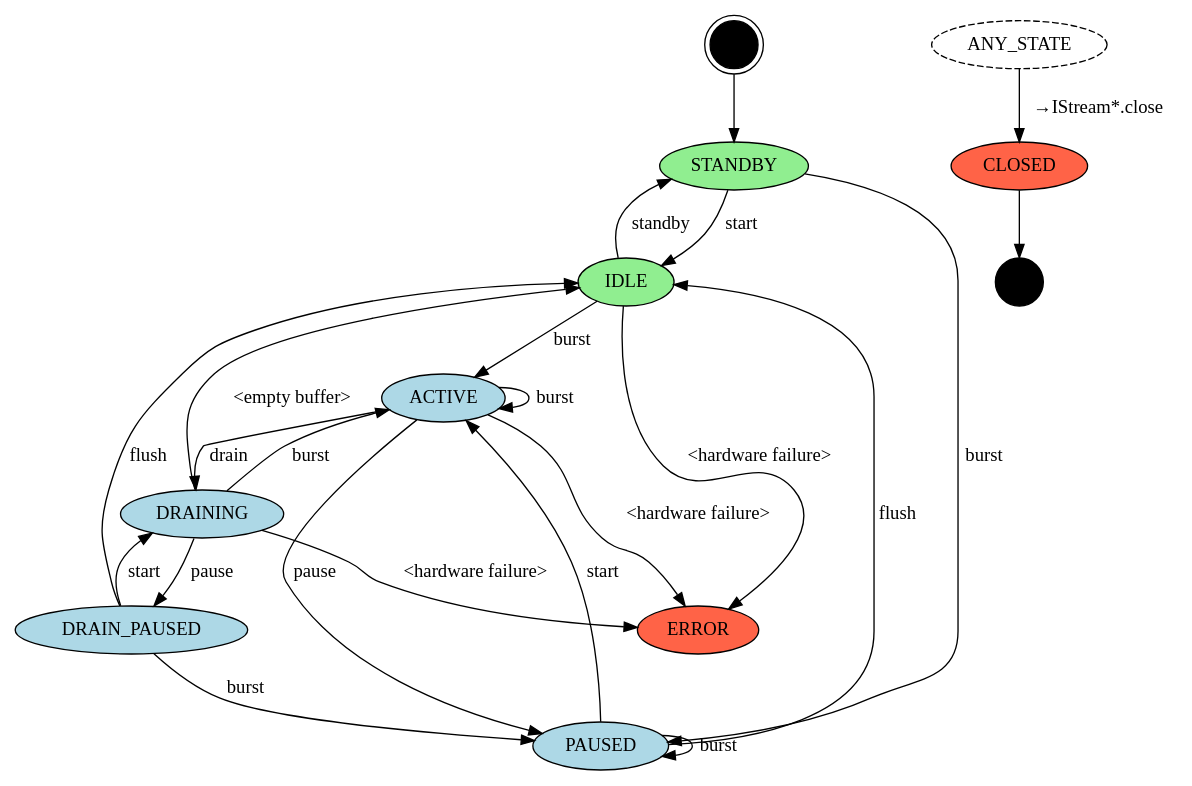
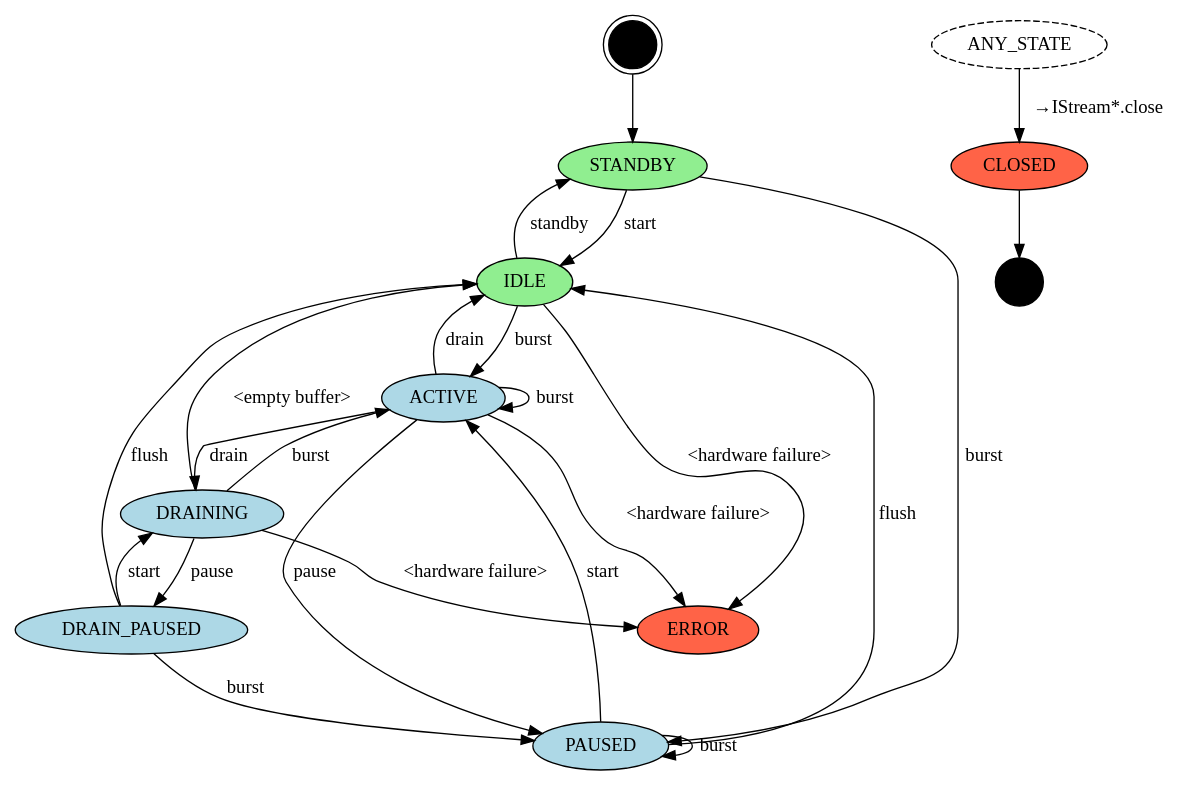
Before and after one commit to LineageOS/android_hardware_interfaces: the diagram in audio/aidl/android/hardware/audio/core/stream-out-sm.gv, drawn with Graphviz. The commit also changed 5 other files, not shown here.

First line of the commit message:
audio: Allow going to 'IDLE' for synchronous drain

```diff
--- a/audio/aidl/android/hardware/audio/core/stream-out-sm.gv
+++ b/audio/aidl/android/hardware/audio/core/stream-out-sm.gv
@@ -1,48 +1,49 @@
 // Copyright (C) 2022 The Android Open Source Project
 //
 // Licensed under the Apache License, Version 2.0 (the "License");
 // you may not use this file except in compliance with the License.
 // You may obtain a copy of the License at
 //
 //      http://www.apache.org/licenses/LICENSE-2.0
 //
 // Unless required by applicable law or agreed to in writing, software
 // distributed under the License is distributed on an "AS IS" BASIS,
 // WITHOUT WARRANTIES OR CONDITIONS OF ANY KIND, either express or implied.
 // See the License for the specific language governing permissions and
 // limitations under the License.
 
 // To render: dot -Tpng stream-out-sm.gv -o stream-out-sm.png
 digraph stream_out_state_machine {
     node [shape=doublecircle style=filled fillcolor=black width=0.5] I;
     node [shape=point width=0.5] F;
     node [shape=oval width=1];
     node [fillcolor=lightgreen] STANDBY;  // buffer is empty
     node [fillcolor=lightgreen] IDLE;     // buffer is empty
     node [fillcolor=tomato] CLOSED;
     node [fillcolor=tomato] ERROR;
     node [style=dashed] ANY_STATE;
     node [fillcolor=lightblue style=filled];
     I -> STANDBY;
     STANDBY -> IDLE [label="start"];           // consumer -> active
     STANDBY -> PAUSED [label="burst"];         // producer -> active
     IDLE -> STANDBY [label="standby"];         // consumer -> passive
     IDLE -> ACTIVE [label="burst"];            // producer -> active
     ACTIVE -> ACTIVE [label="burst"];
     ACTIVE -> PAUSED [label="pause"];          // consumer -> passive (not consuming)
     ACTIVE -> DRAINING [label="drain"];        // producer -> passive
+    ACTIVE -> IDLE [label="drain"];            // synchronous drain
     PAUSED -> PAUSED [label="burst"];
     PAUSED -> ACTIVE [label="start"];          // consumer -> active
     PAUSED -> IDLE [label="flush"];            // producer -> passive, buffer is cleared
     DRAINING -> IDLE [label="<empty buffer>"];
     DRAINING -> ACTIVE [label="burst"];        // producer -> active
     DRAINING -> DRAIN_PAUSED [label="pause"];  // consumer -> passive (not consuming)
     DRAIN_PAUSED -> DRAINING [label="start"];  // consumer -> active
     DRAIN_PAUSED -> PAUSED [label="burst"];    // producer -> active
     DRAIN_PAUSED -> IDLE [label="flush"];      // buffer is cleared
     IDLE -> ERROR [label="<hardware failure>"];
     ACTIVE -> ERROR [label="<hardware failure>"];
     DRAINING -> ERROR [label="<hardware failure>"];
     ANY_STATE -> CLOSED [label="→IStream*.close"];
     CLOSED -> F;
 }
```
